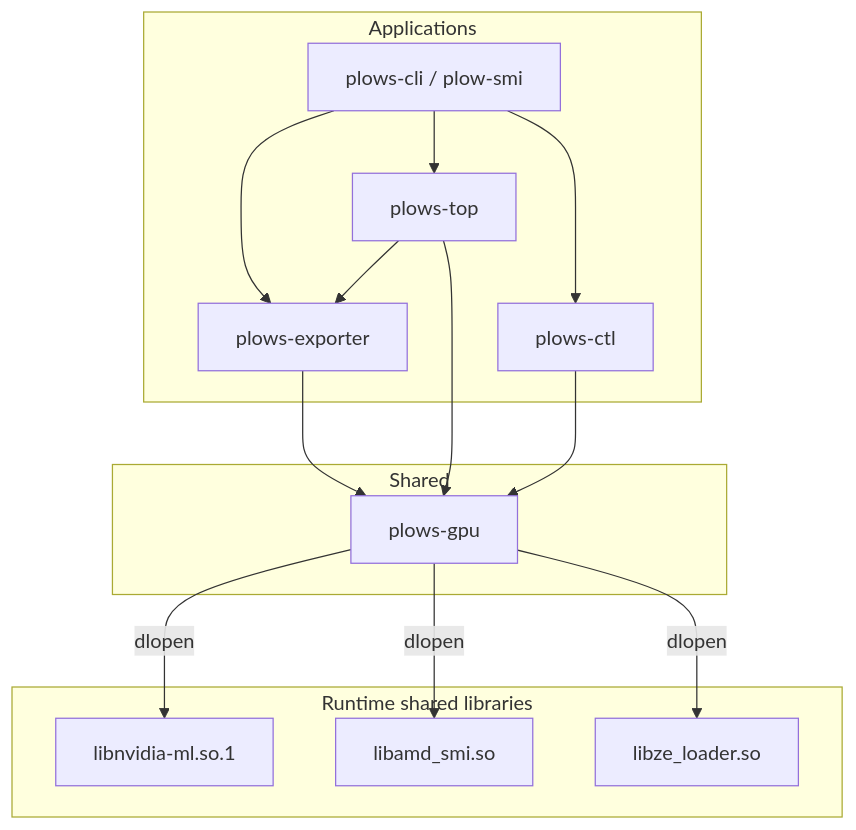
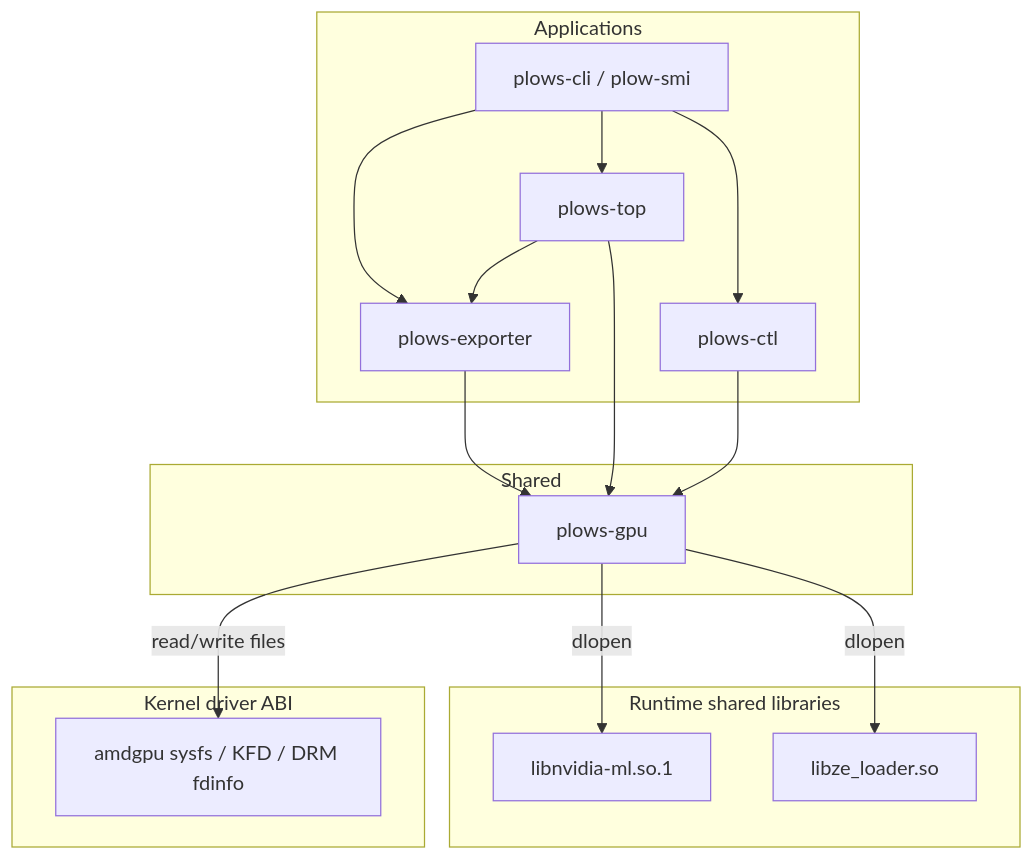
One commit to infervisor/plow-smi changed the diagram in ARCHITECTURE.md. Above: the diagram before and after it, drawn with Mermaid. The commit also changed other lines of this file and 38 other files, not shown here.

First line of the commit message:
Read AMD telemetry directly from amdgpu and correct NVIDIA memory accounting (#9)

````diff
--- a/ARCHITECTURE.md
+++ b/ARCHITECTURE.md
@@ -7,30 +7,33 @@
 ```mermaid
 flowchart TB
   subgraph apps [Applications]
     CLI[plows-cli / plow-smi]
     EXP[plows-exporter]
     TOP[plows-top]
     CTL[plows-ctl]
   end
 
   subgraph core [Shared]
     GPU[plows-gpu]
   end
 
   subgraph so [Runtime shared libraries]
     NVML[libnvidia-ml.so.1]
-    AMD[libamd_smi.so]
     ZE[libze_loader.so]
+  end
+
+  subgraph kernel [Kernel driver ABI]
+    AMDGPU[amdgpu sysfs / KFD / DRM fdinfo]
   end
 
   CLI --> EXP
   CLI --> TOP
   CLI --> CTL
   EXP --> GPU
   TOP --> EXP
   TOP --> GPU
   CTL --> GPU
   GPU -->|dlopen| NVML
-  GPU -->|dlopen| AMD
+  GPU -->|read/write files| AMDGPU
   GPU -->|dlopen| ZE
 ```
````
